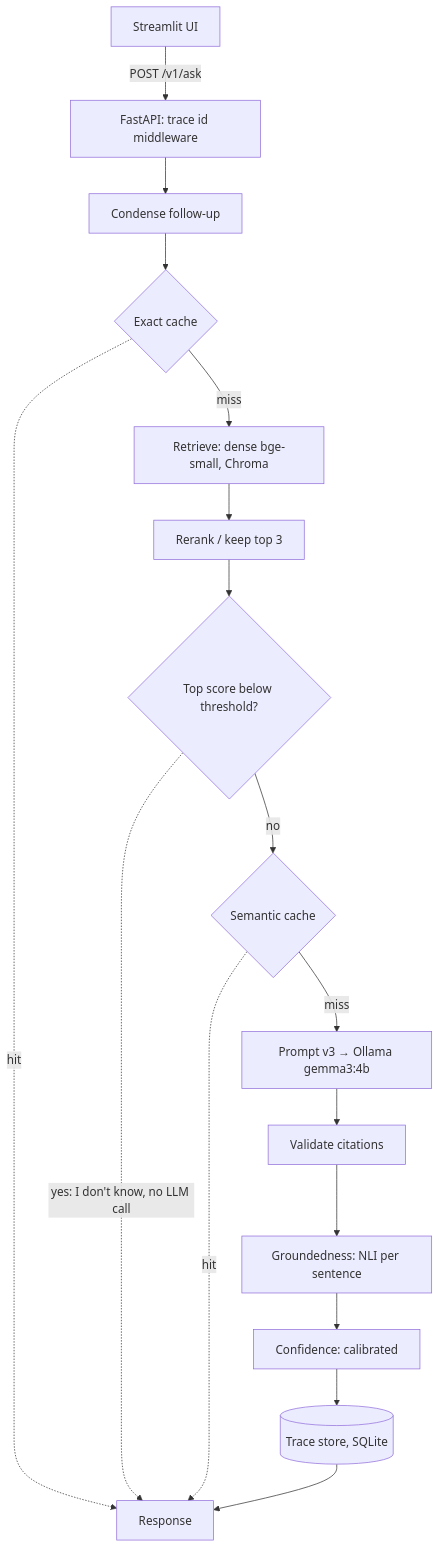
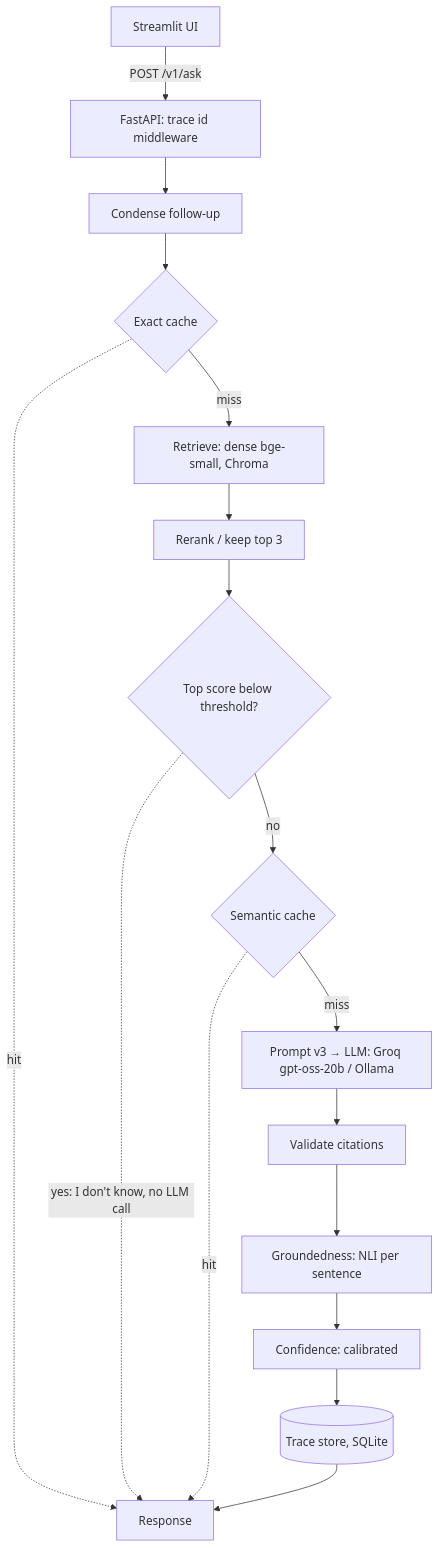
One commit to ShubhamHarkare/CodeSearch-AI changed the diagram in README.md. Above: the diagram before and after it, drawn with Mermaid. The commit also changed other lines of this file, not shown here.

````diff
--- a/README.md
+++ b/README.md
@@ -50,19 +60,19 @@
 ```mermaid
 flowchart TD
     UI[Streamlit UI] -->|POST /v1/ask| API[FastAPI: trace id middleware]
     API --> C[Condense follow-up]
     C --> K{Exact cache}
     K -.->|hit| OUT[Response]
     K -->|miss| R[Retrieve: dense bge-small, Chroma]
     R --> RR[Rerank / keep top 3]
     RR --> A{Top score below threshold?}
     A -.->|yes: I don't know, no LLM call| OUT
     A -->|no| S{Semantic cache}
     S -.->|hit| OUT
-    S -->|miss| L[Prompt v3 → Ollama gemma3:4b]
+    S -->|miss| L[Prompt v3 → LLM: Groq gpt-oss-20b / Ollama]
     L --> CI[Validate citations]
     CI --> G[Groundedness: NLI per sentence]
     G --> CF[Confidence: calibrated]
     CF --> T[(Trace store, SQLite)]
     T --> OUT
 ```
````
